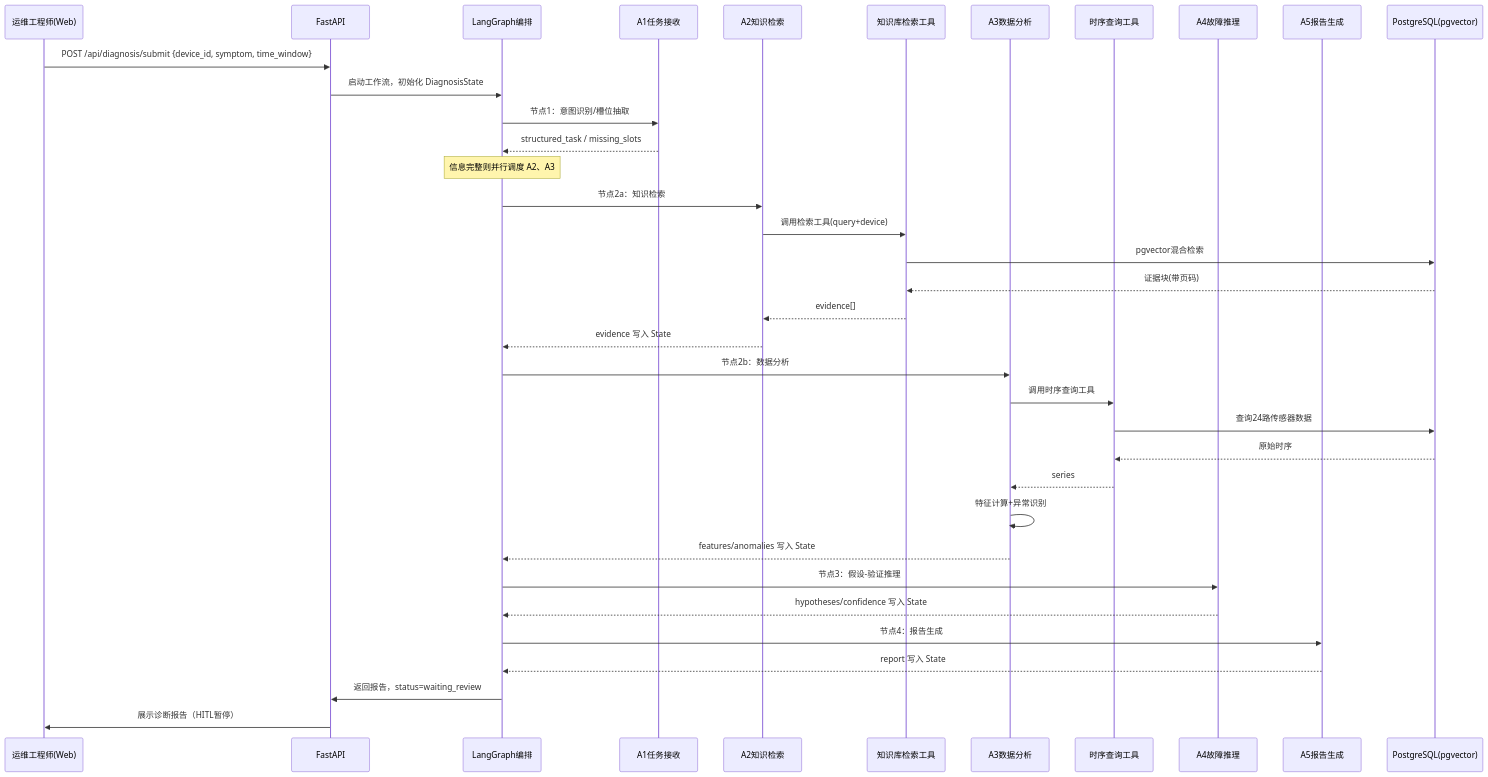
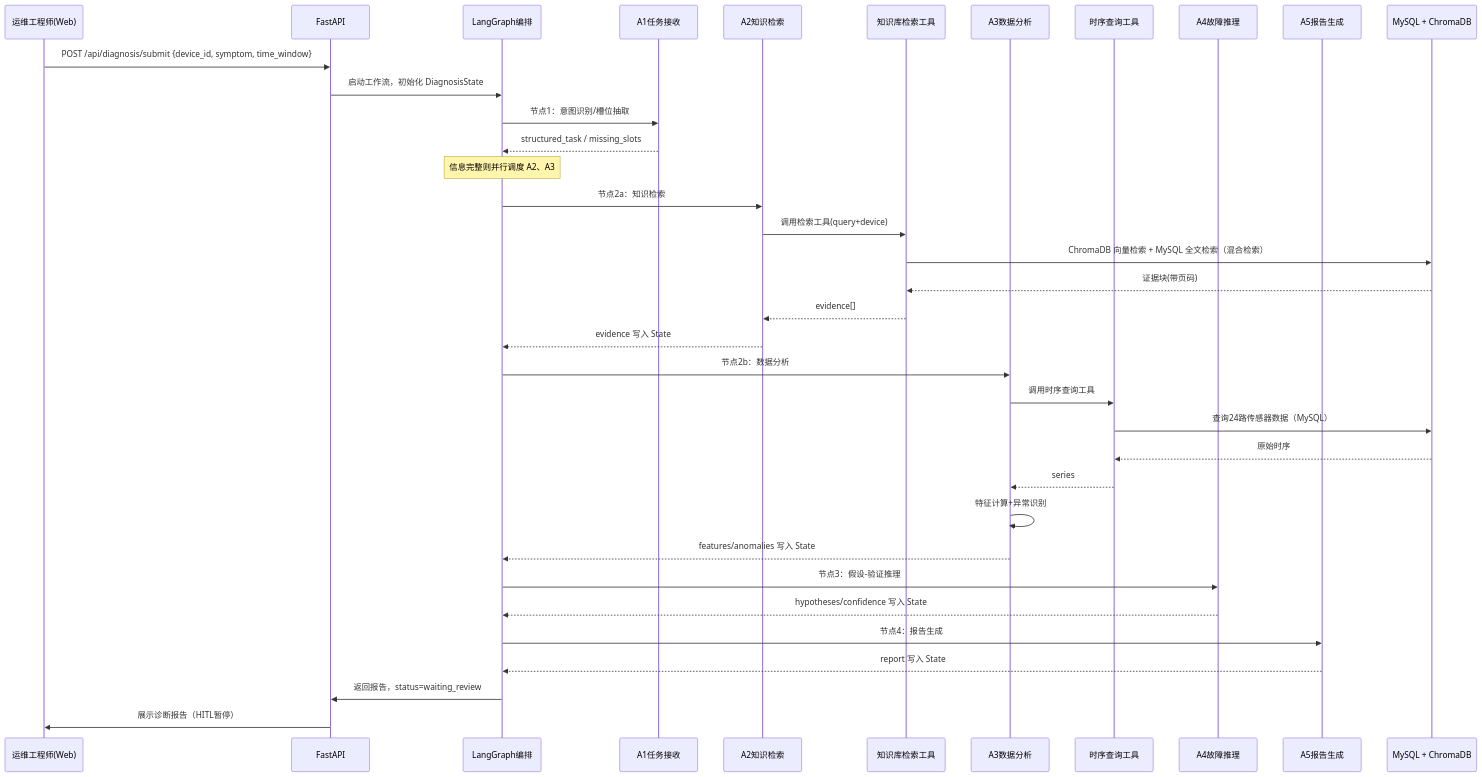
The first of 2 diagrams in docs/MVP_02_模块与核心流程设计.md (BukuishiHH/industrial-intelligent-diagnosis-platform), drawn with Mermaid before and after one commit. The commit also changed other lines of this file and 2 other files, not shown here.

````diff
--- a/docs/MVP_02_模块与核心流程设计.md
+++ b/docs/MVP_02_模块与核心流程设计.md
@@ -129,39 +130,39 @@
 ```mermaid
 sequenceDiagram
     participant U as 运维工程师(Web)
     participant F as FastAPI
     participant G as LangGraph编排
     participant A1 as A1任务接收
     participant A2 as A2知识检索
     participant TR as 知识库检索工具
     participant A3 as A3数据分析
     participant TS as 时序查询工具
     participant A4 as A4故障推理
     participant A5 as A5报告生成
-    participant DB as PostgreSQL(pgvector)
+    participant DB as MySQL + ChromaDB
 
     U->>F: POST /api/diagnosis/submit {device_id, symptom, time_window}
     F->>G: 启动工作流，初始化 DiagnosisState
     G->>A1: 节点1：意图识别/槽位抽取
     A1-->>G: structured_task / missing_slots
     Note over G: 信息完整则并行调度 A2、A3
     G->>A2: 节点2a：知识检索
     A2->>TR: 调用检索工具(query+device)
-    TR->>DB: pgvector混合检索
+    TR->>DB: ChromaDB 向量检索 + MySQL 全文检索（混合检索）
     DB-->>TR: 证据块(带页码)
     TR-->>A2: evidence[]
     A2-->>G: evidence 写入 State
     G->>A3: 节点2b：数据分析
     A3->>TS: 调用时序查询工具
-    TS->>DB: 查询24路传感器数据
+    TS->>DB: 查询24路传感器数据（MySQL）
     DB-->>TS: 原始时序
     TS-->>A3: series
     A3->>A3: 特征计算+异常识别
     A3-->>G: features/anomalies 写入 State
     G->>A4: 节点3：假设-验证推理
     A4-->>G: hypotheses/confidence 写入 State
     G->>A5: 节点4：报告生成
     A5-->>G: report 写入 State
     G->>F: 返回报告，status=waiting_review
     F->>U: 展示诊断报告（HITL暂停）
 ```
````
